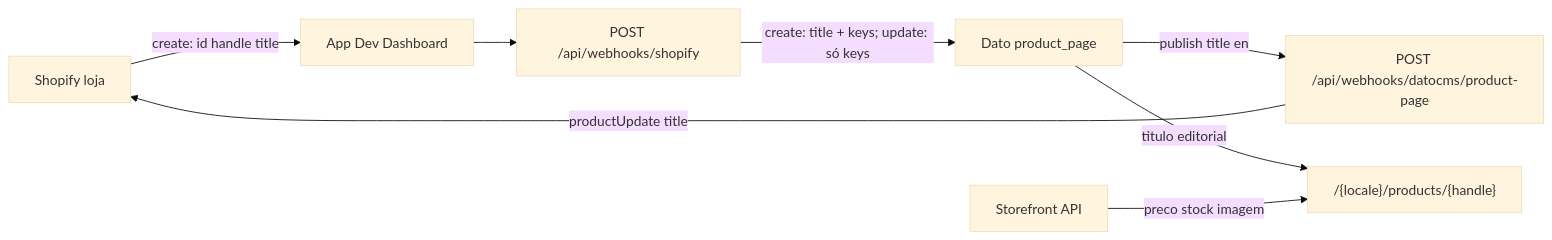
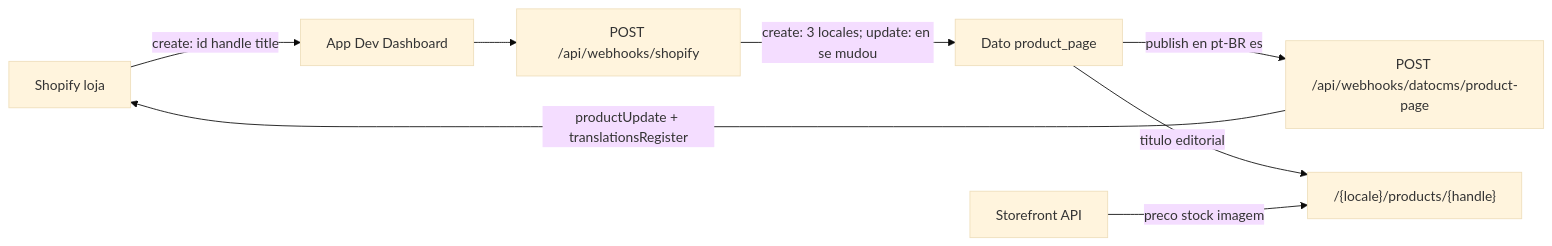
One commit to ezequiel-da-silva/enterprise-next-datocms changed the diagram in docs/SHOPIFY.md. Above: the diagram before and after it, drawn with Mermaid (base theme). The commit also changed other lines of this file and 11 other files, not shown here.

Commit message:
feat(shopify): enhance product title synchronization by adding support for multiple locales; update webhook handling to include translations for PT/ES; refine documentation for environment variable requirements and usage

````diff
--- a/docs/SHOPIFY.md
+++ b/docs/SHOPIFY.md
@@ -9,18 +9,18 @@
 ```mermaid
 flowchart LR
   ShopifyStore[Shopify loja]
   AppWebhook[App Dev Dashboard]
   NextShopify["POST /api/webhooks/shopify"]
   DatoCMA[Dato product_page]
   NextDato["POST /api/webhooks/datocms/product-page"]
   NextPDP["/{locale}/products/{handle}"]
   Storefront[Storefront API]
 
   ShopifyStore -->|"create: id handle title"| AppWebhook
   AppWebhook --> NextShopify
-  NextShopify -->|"create: title + keys; update: só keys"| DatoCMA
-  DatoCMA -->|"publish title en"| NextDato
-  NextDato -->|productUpdate title| ShopifyStore
+  NextShopify -->|"create: 3 locales; update: en se mudou"| DatoCMA
+  DatoCMA -->|"publish en pt-BR es"| NextDato
+  NextDato -->|productUpdate + translationsRegister| ShopifyStore
   DatoCMA -->|titulo editorial| NextPDP
   Storefront -->|preco stock imagem| NextPDP
 ```
````
